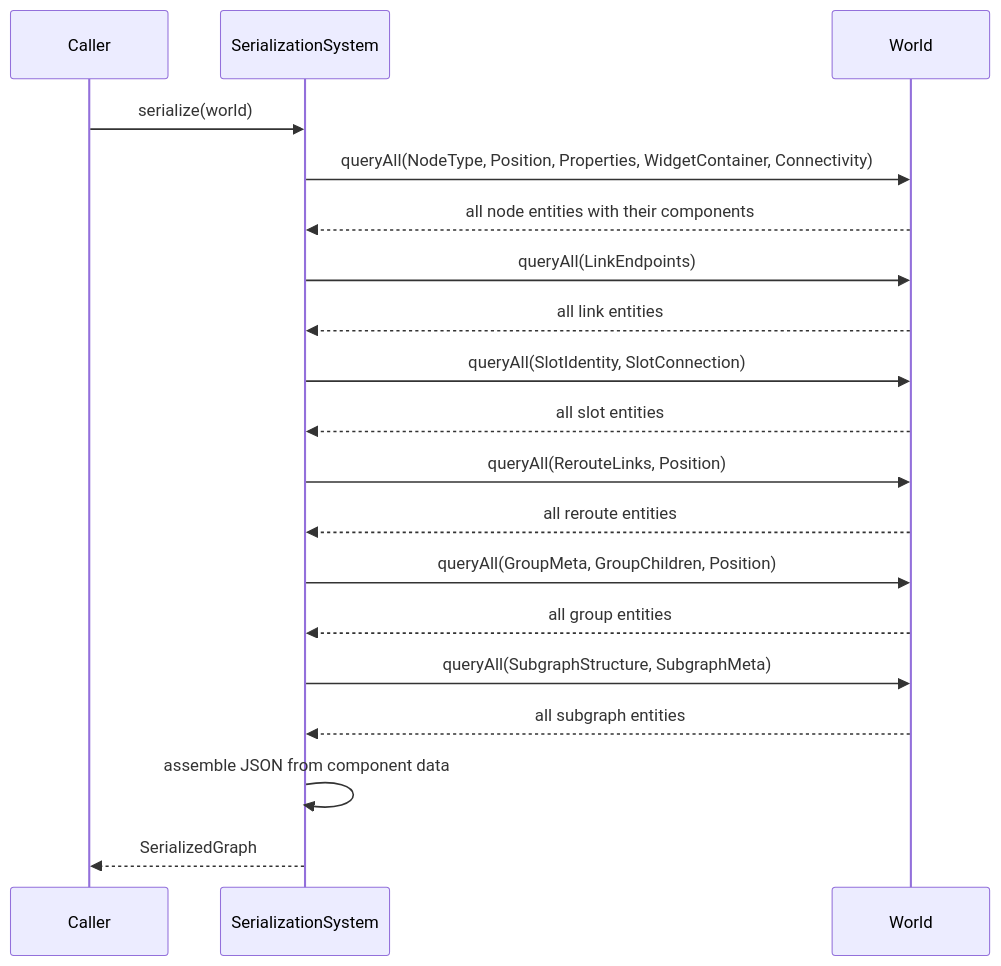
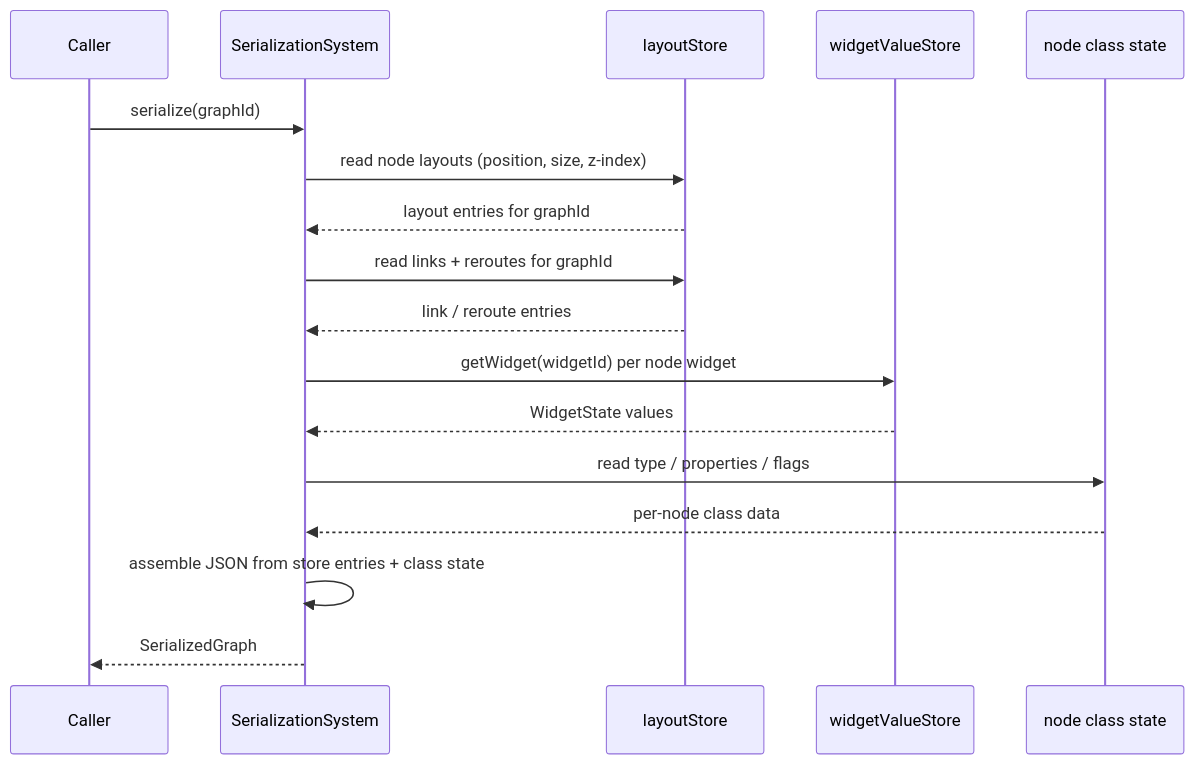
Before and after one commit to mg-org-4/sub-251027: the fourth of 14 diagrams in ComfyUI_frontend/docs/architecture/ecs-lifecycle-scenarios.md, drawn with Mermaid. The commit also changed other lines of this file and 518 other files, not shown here.

````diff
--- a/ComfyUI_frontend/docs/architecture/ecs-lifecycle-scenarios.md
+++ b/ComfyUI_frontend/docs/architecture/ecs-lifecycle-scenarios.md
@@ -164,29 +162,25 @@
 ```mermaid
 sequenceDiagram
     participant Caller
     participant SS as SerializationSystem
-    participant W as World
+    participant LS as layoutStore
+    participant WVS as widgetValueStore
+    participant CLS as node class state
 
-    Caller->>SS: serialize(world)
+    Caller->>SS: serialize(graphId)
 
-    SS->>W: queryAll(NodeType, Position, Properties, WidgetContainer, Connectivity)
-    W-->>SS: all node entities with their components
+    SS->>LS: read node layouts (position, size, z-index)
+    LS-->>SS: layout entries for graphId
 
-    SS->>W: queryAll(LinkEndpoints)
-    W-->>SS: all link entities
+    SS->>LS: read links + reroutes for graphId
+    LS-->>SS: link / reroute entries
 
-    SS->>W: queryAll(SlotIdentity, SlotConnection)
-    W-->>SS: all slot entities
+    SS->>WVS: getWidget(widgetId) per node widget
+    WVS-->>SS: WidgetState values
 
-    SS->>W: queryAll(RerouteLinks, Position)
-    W-->>SS: all reroute entities
+    SS->>CLS: read type / properties / flags
+    CLS-->>SS: per-node class data
 
-    SS->>W: queryAll(GroupMeta, GroupChildren, Position)
-    W-->>SS: all group entities
-
-    SS->>W: queryAll(SubgraphStructure, SubgraphMeta)
-    W-->>SS: all subgraph entities
-
-    SS->>SS: assemble JSON from component data
+    SS->>SS: assemble JSON from store entries + class state
     SS-->>Caller: SerializedGraph
 ```
````
